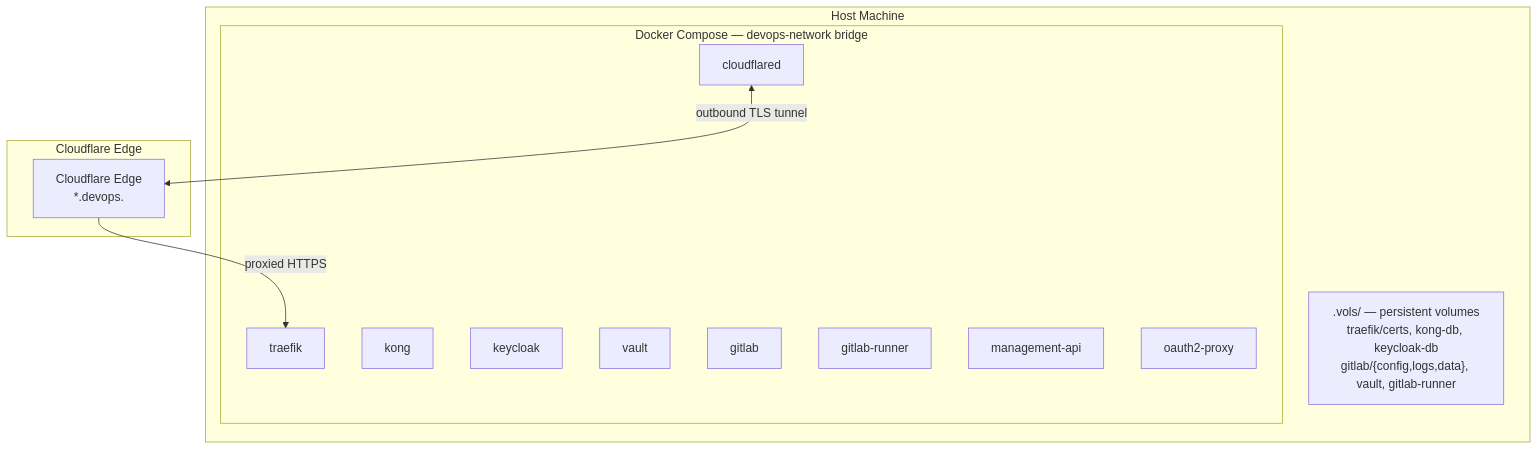
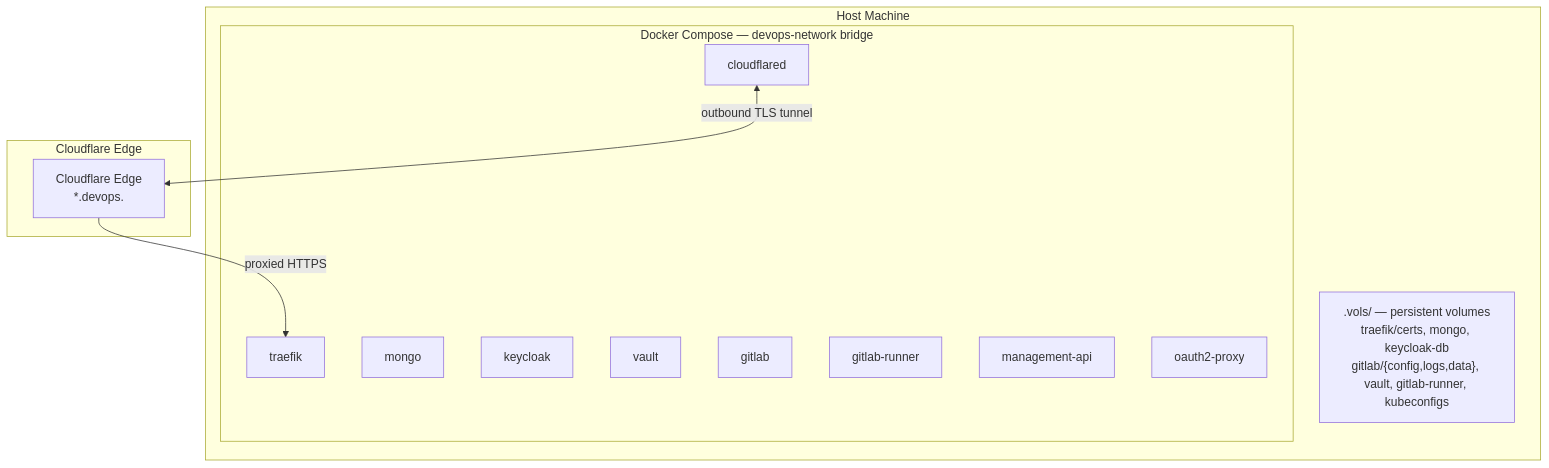
Before and after one commit to astarx-studio/devsecops-platform: the third of 4 diagrams in __DOCS__/99_maintainers/01_architecture.md, drawn with Mermaid. The commit also changed other lines of this file and 109 other files, not shown here.

````diff
--- a/__DOCS__/99_maintainers/01_architecture.md
+++ b/__DOCS__/99_maintainers/01_architecture.md
@@ -187,24 +182,24 @@
 ```mermaid
 graph TB
     subgraph host ["Host Machine"]
         subgraph docker ["Docker Compose — devops-network bridge"]
             traefik
-            kong
+            mongo
             keycloak
             vault
             gitlab
             runner["gitlab-runner"]
             api["management-api"]
             oauth2proxy["oauth2-proxy"]
             cloudflared
         end
-        vols[".vols/ — persistent volumes\ntraefik/certs, kong-db, keycloak-db\ngitlab/{config,logs,data}, vault, gitlab-runner"]
+        vols[".vols/ — persistent volumes\ntraefik/certs, mongo, keycloak-db\ngitlab/{config,logs,data}, vault, gitlab-runner, kubeconfigs"]
     end
 
     subgraph cf ["Cloudflare Edge"]
         cfEdge["Cloudflare Edge\n*.devops.<DOMAIN>"]
     end
 
     cloudflared <-->|"outbound TLS tunnel"| cfEdge
     cfEdge -->|"proxied HTTPS"| traefik
 ```
````
